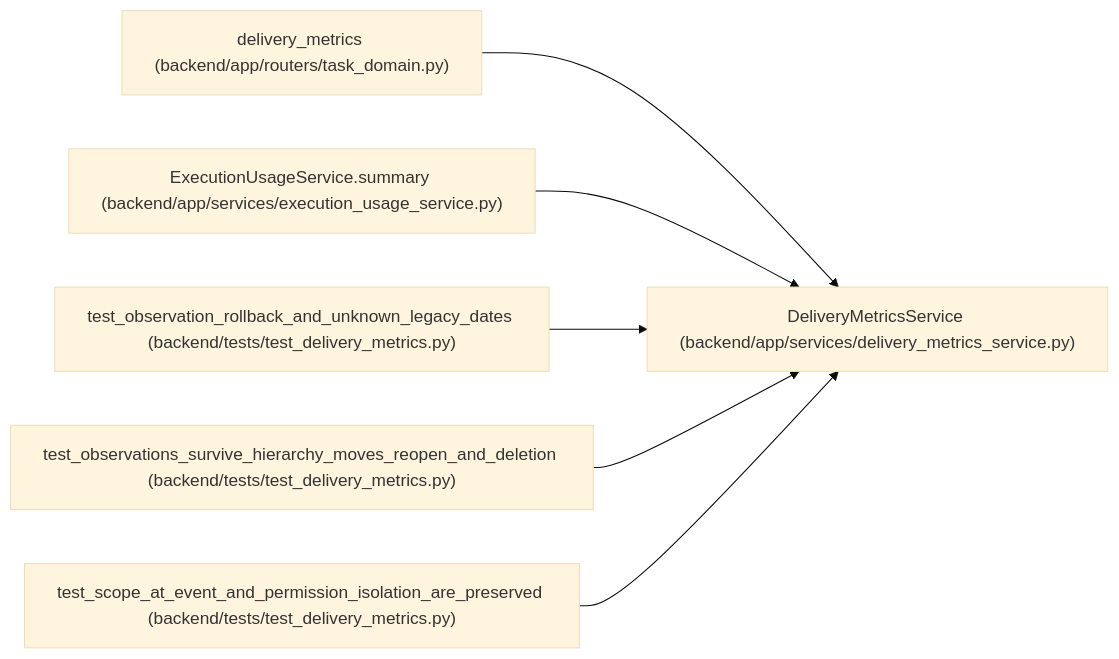
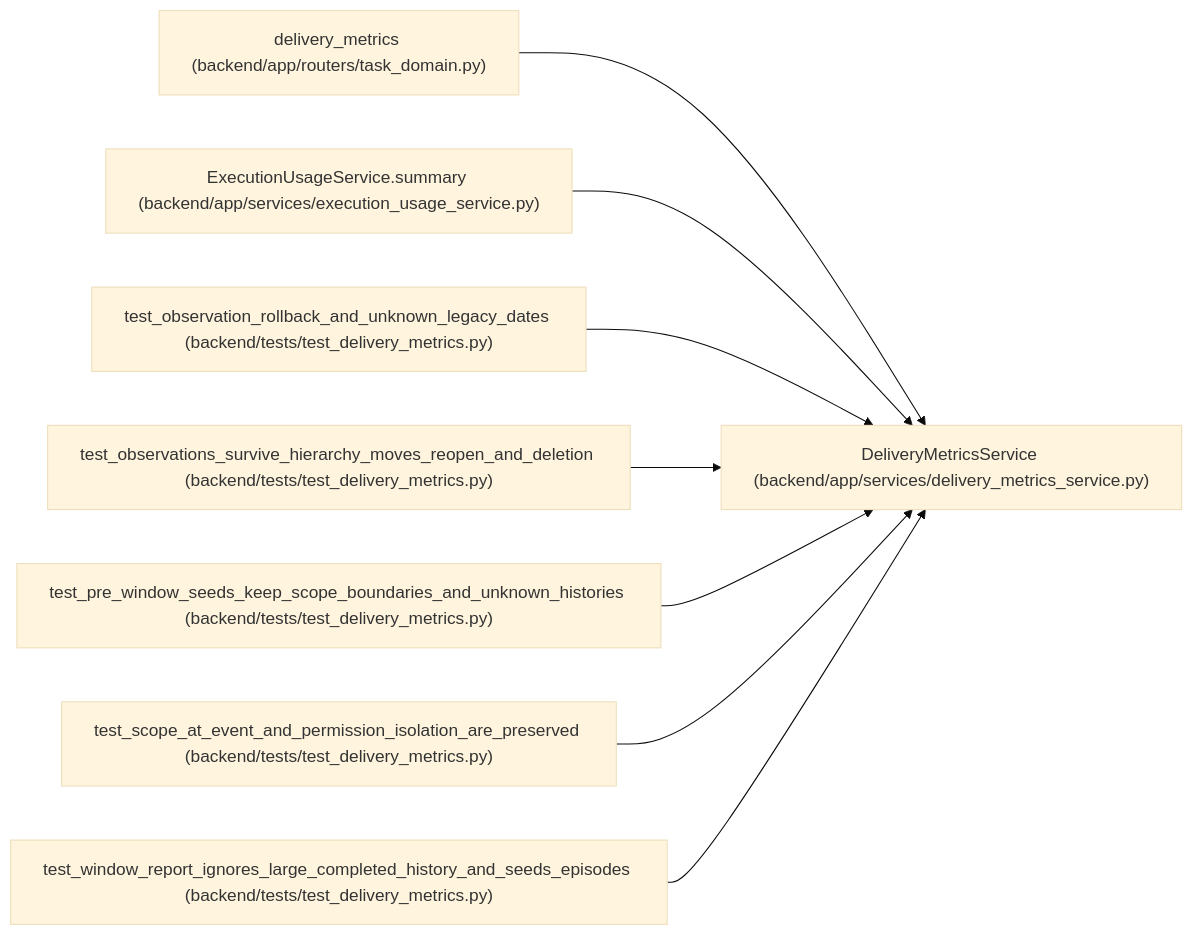
Before and after one commit to Denissvgn/WorkChord: the diagram in docs/llm_wiki/entities/DeliveryMetricsService.md, drawn with Mermaid (base theme). The commit also changed other lines of this file and 335 other files, not shown here.

````diff
--- a/docs/llm_wiki/entities/DeliveryMetricsService.md
+++ b/docs/llm_wiki/entities/DeliveryMetricsService.md
@@ -26,20 +27,26 @@
 ```mermaid
 flowchart LR
     n0["DeliveryMetricsService (backend/app/services/delivery_metrics_service.py)"]
     n1["delivery_metrics (backend/app/routers/task_domain.py)"]
     n2["ExecutionUsageService.summary (backend/app/services/execution_usage_service.py)"]
     n3["test_observation_rollback_and_unknown_legacy_dates (backend/tests/test_delivery_metrics.py)"]
     n4["test_observations_survive_hierarchy_moves_reopen_and_deletion (backend/tests/test_delivery_metrics.py)"]
-    n5["test_scope_at_event_and_permission_isolation_are_preserved (backend/tests/test_delivery_metrics.py)"]
+    n5["test_pre_window_seeds_keep_scope_boundaries_and_unknown_histories (backend/tests/test_delivery_metrics.py)"]
+    n6["test_scope_at_event_and_permission_isolation_are_preserved (backend/tests/test_delivery_metrics.py)"]
+    n7["test_window_report_ignores_large_completed_history_and_seeds_episodes (backend/tests/test_delivery_metrics.py)"]
     n1 --> n0
     n2 --> n0
     n3 --> n0
     n4 --> n0
     n5 --> n0
+    n6 --> n0
+    n7 --> n0
     click n0 "../modules/delivery_metrics_service.md"
     click n1 "../modules/routers_task_domain.md"
     click n2 "../modules/execution_usage_service.md"
     click n3 "../modules/test_delivery_metrics.md"
     click n4 "../modules/test_delivery_metrics.md"
     click n5 "../modules/test_delivery_metrics.md"
+    click n6 "../modules/test_delivery_metrics.md"
+    click n7 "../modules/test_delivery_metrics.md"
 ```
````
